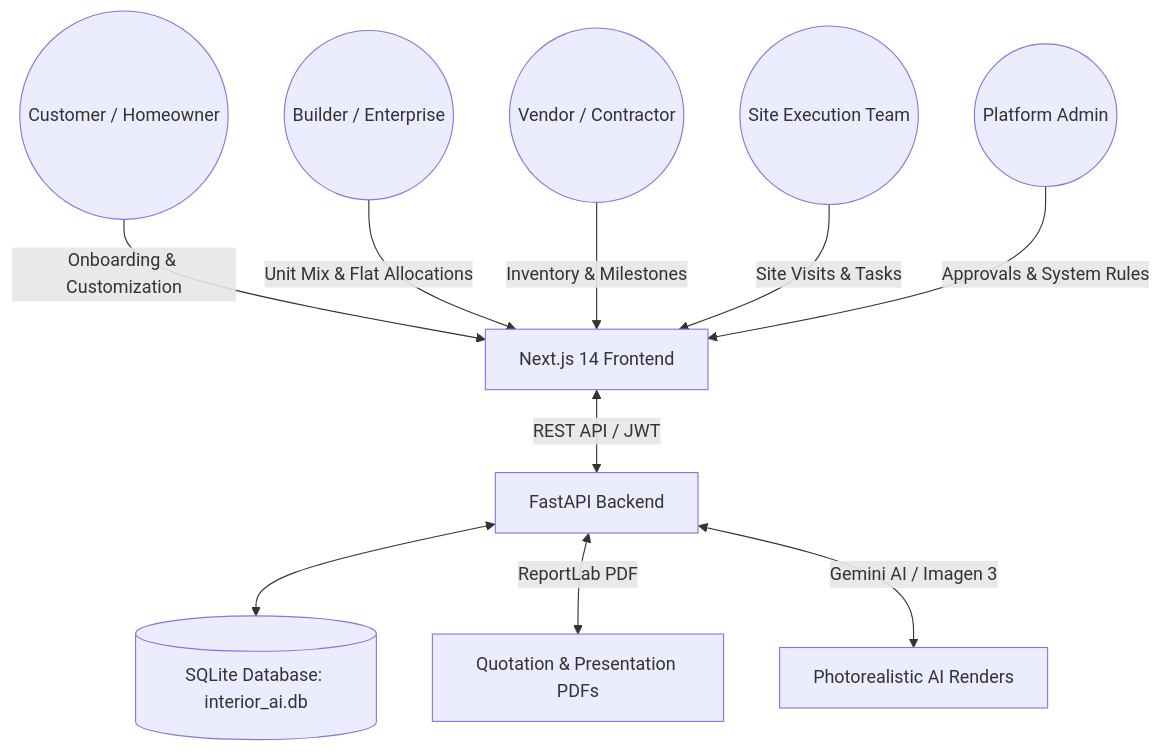
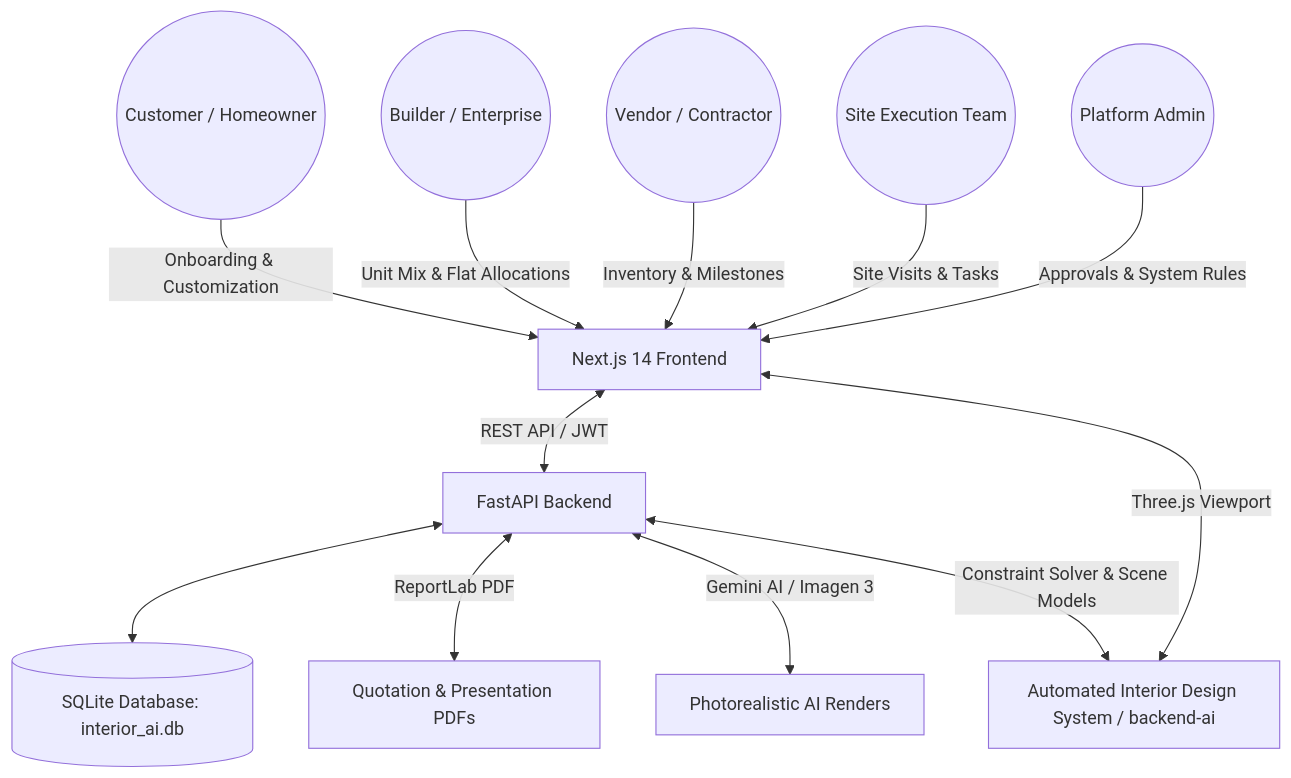
One commit to Vedant-Raju-Borker-2005/Interior_Design changed the diagram in AGENTS.md. Above: the diagram before and after it, drawn with Mermaid. The commit also changed other lines of this file and 4 other files, not shown here.

Commit message:
Update system architecture and AGENTS documentation across portals and backend-ai

````diff
--- a/AGENTS.md
+++ b/AGENTS.md
@@ -11,13 +11,15 @@
 ```mermaid
 graph TD
   Customer((Customer / Homeowner)) -->|Onboarding & Customization| FE[Next.js 14 Frontend]
   Enterprise((Builder / Enterprise)) -->|Unit Mix & Flat Allocations| FE
   Vendor((Vendor / Contractor)) -->|Inventory & Milestones| FE
   Team((Site Execution Team)) -->|Site Visits & Tasks| FE
   Admin((Platform Admin)) -->|Approvals & System Rules| FE
 
   FE <-->|REST API / JWT| BE[FastAPI Backend]
+  FE <-->|Three.js Viewport| IDS[Automated Interior Design System / backend-ai]
   BE <--> DB[(SQLite Database: interior_ai.db)]
   BE <-->|ReportLab PDF| PDF[Quotation & Presentation PDFs]
   BE <-->|Gemini AI / Imagen 3| AI[Photorealistic AI Renders]
+  BE <-->|Constraint Solver & Scene Models| IDS
 ```
````
